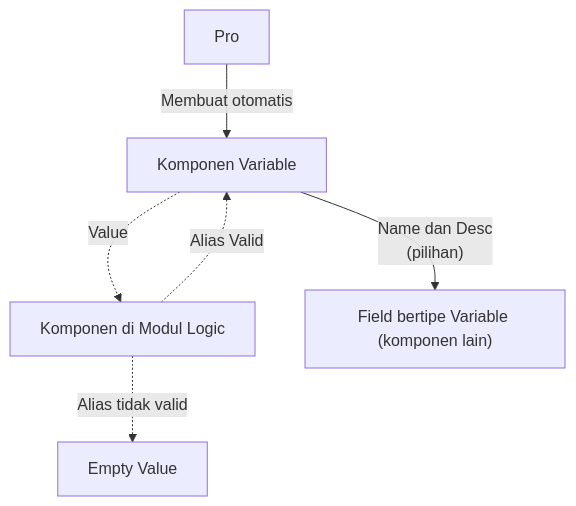
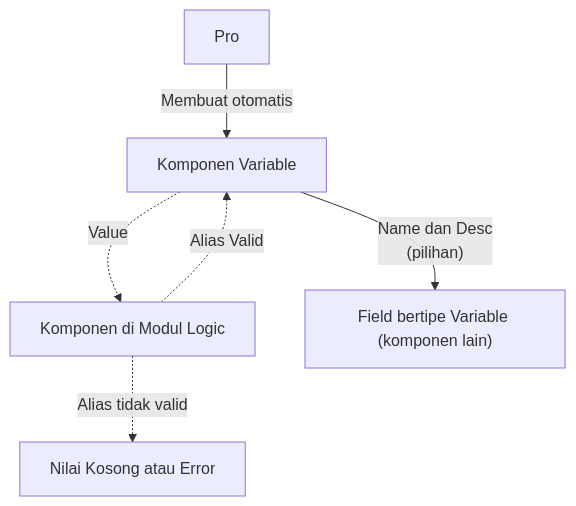
Before and after one commit to ginalne/phoenix-docs: the first of 2 diagrams in Docs/Modul Data/Variable/Apa itu Variable.md, drawn with Mermaid. The commit also changed other lines of this file and 2 other files, not shown here.

````diff
--- a/Docs/Modul Data/Variable/Apa itu Variable.md
+++ b/Docs/Modul Data/Variable/Apa itu Variable.md
@@ -36,8 +36,8 @@
 ```mermaid
 flowchart TB
     V -.->|"Value"| L["Komponen di Modul Logic"]
     P["Pro"] -->|"Membuat otomatis"| V["Komponen Variable"]
     L -.->|"Alias Valid"| V
     V -->|"Name dan Desc<br>(pilihan)"| F["Field bertipe Variable (komponen lain)"]
-    L -.->|"Alias tidak valid"| A["Empty Value"]
+    L -.->|"Alias tidak valid"| A["Nilai Kosong atau Error"]
 ```
````
